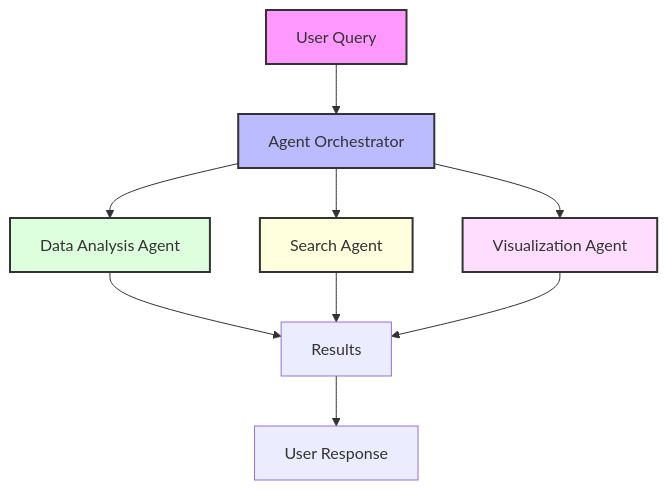
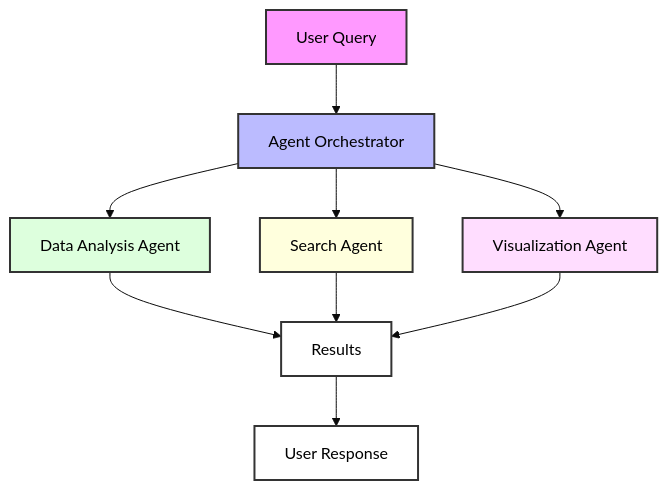
One commit to zhutoutoutousan/chat-iot changed the fourth of 5 diagrams in ARCHITECTURE.md. Above: the diagram before and after it, drawn with Mermaid. The commit also changed other lines of this file, not shown here.

````diff
--- a/ARCHITECTURE.md
+++ b/ARCHITECTURE.md
@@ -113,19 +123,22 @@
 ```mermaid
+%%{init: {'theme': 'base', 'themeVariables': { 'fontFamily': 'arial', 'fontSize': '16px', 'textColor': '#000000' }}}%%
 graph TB
     User[User Query] --> Orchestrator[Agent Orchestrator]
     Orchestrator --> DataAgent[Data Analysis Agent]
     Orchestrator --> SearchAgent[Search Agent]
     Orchestrator --> VisAgent[Visualization Agent]
     
     DataAgent --> Results[Results]
     SearchAgent --> Results
     VisAgent --> Results
     
     Results --> Response[User Response]
 
-    style User fill:#f9f,stroke:#333,stroke-width:2px
-    style Orchestrator fill:#bbf,stroke:#333,stroke-width:2px
-    style DataAgent fill:#dfd,stroke:#333,stroke-width:2px
-    style SearchAgent fill:#ffd,stroke:#333,stroke-width:2px
-    style VisAgent fill:#fdf,stroke:#333,stroke-width:2px
+    style User fill:#f9f,stroke:#333,stroke-width:2px,color:#000
+    style Orchestrator fill:#bbf,stroke:#333,stroke-width:2px,color:#000
+    style DataAgent fill:#dfd,stroke:#333,stroke-width:2px,color:#000
+    style SearchAgent fill:#ffd,stroke:#333,stroke-width:2px,color:#000
+    style VisAgent fill:#fdf,stroke:#333,stroke-width:2px,color:#000
+    style Results fill:#fff,stroke:#333,stroke-width:2px,color:#000
+    style Response fill:#fff,stroke:#333,stroke-width:2px,color:#000
 ```
````
